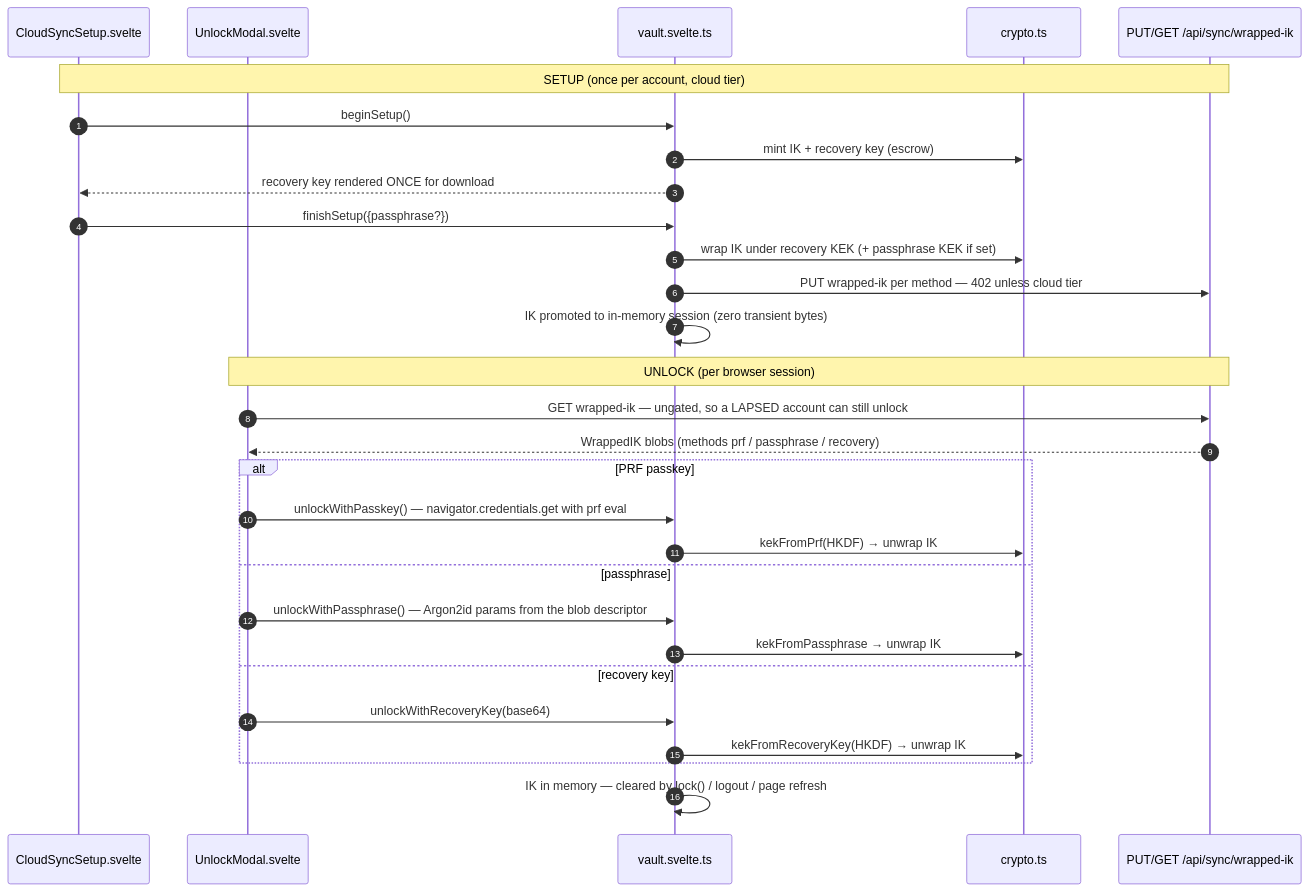
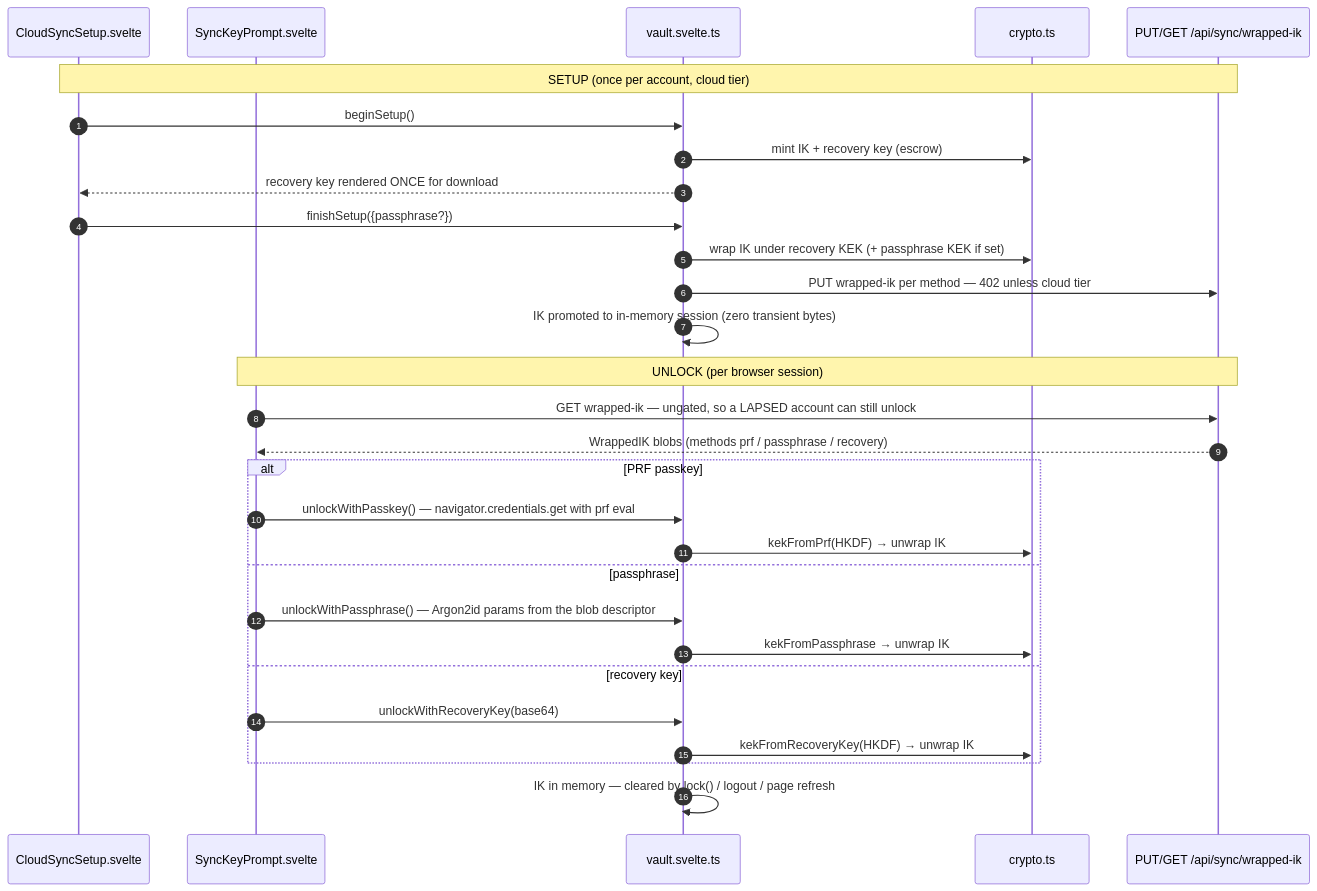
Before and after one commit to mitchGuthrieDev/blotterbook: the fifth of 5 diagrams in docs/architecture-diagrams/auth-flow.md, drawn with Mermaid. The commit also changed other lines of this file and 29 other files, not shown here.

Commit message:
feat: subscription cancel/resume (A333), Payment Element load fix (A332), sync UX rework (A336), graph scaling + drag perf (A334/A337), admin grant fix (A335) (#136)

````diff
--- a/docs/architecture-diagrams/auth-flow.md
+++ b/docs/architecture-diagrams/auth-flow.md
@@ -137,33 +137,33 @@
 ```mermaid
 sequenceDiagram
     autonumber
     participant Setup as CloudSyncSetup.svelte
-    participant Unlock as UnlockModal.svelte
+    participant Unlock as SyncKeyPrompt.svelte
     participant V as vault.svelte.ts
     participant C as crypto.ts
     participant WIK as PUT/GET /api/sync/wrapped-ik
 
     Note over Setup,WIK: SETUP (once per account, cloud tier)
     Setup->>V: beginSetup()
     V->>C: mint IK + recovery key (escrow)
     V-->>Setup: recovery key rendered ONCE for download
     Setup->>V: finishSetup({passphrase?})
     V->>C: wrap IK under recovery KEK (+ passphrase KEK if set)
     V->>WIK: PUT wrapped-ik per method — 402 unless cloud tier
     V->>V: IK promoted to in-memory session (zero transient bytes)
 
     Note over Unlock,WIK: UNLOCK (per browser session)
     Unlock->>WIK: GET wrapped-ik — ungated, so a LAPSED account can still unlock
     WIK-->>Unlock: WrappedIK blobs (methods prf / passphrase / recovery)
     alt PRF passkey
         Unlock->>V: unlockWithPasskey() — navigator.credentials.get with prf eval
         V->>C: kekFromPrf(HKDF) → unwrap IK
     else passphrase
         Unlock->>V: unlockWithPassphrase() — Argon2id params from the blob descriptor
         V->>C: kekFromPassphrase → unwrap IK
     else recovery key
         Unlock->>V: unlockWithRecoveryKey(base64)
         V->>C: kekFromRecoveryKey(HKDF) → unwrap IK
     end
     V->>V: IK in memory — cleared by lock() / logout / page refresh
 ```
````
